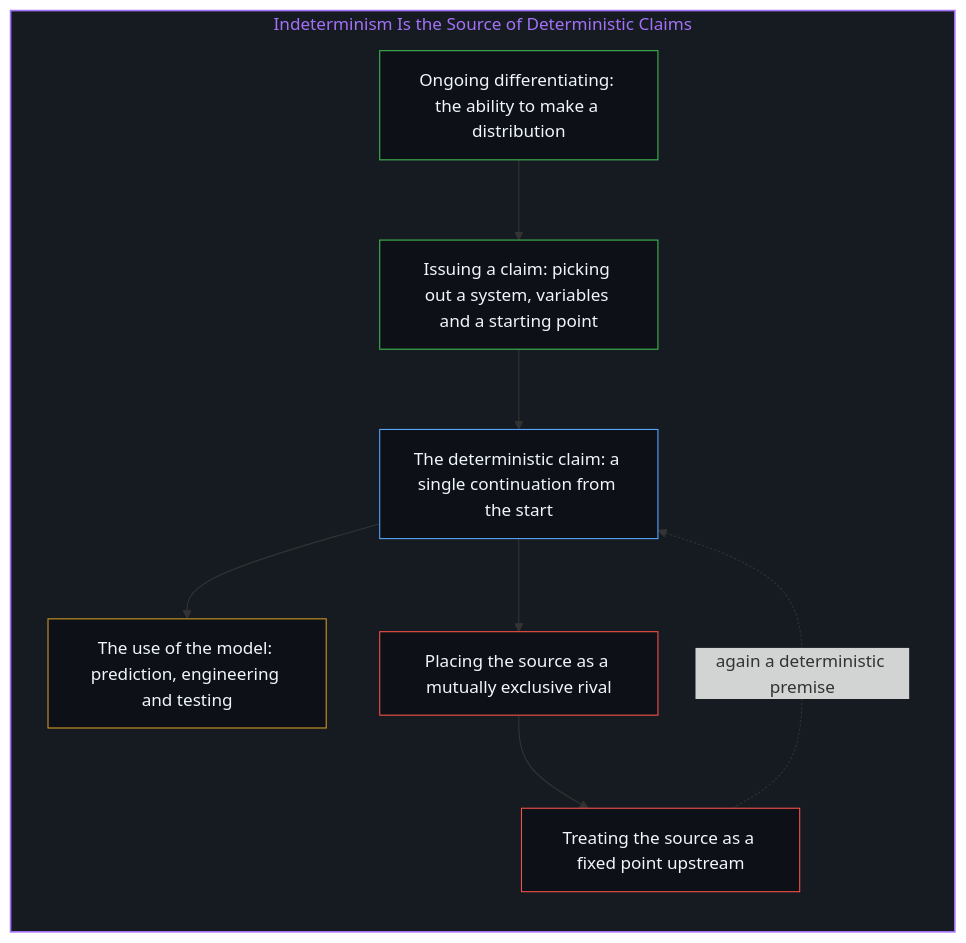
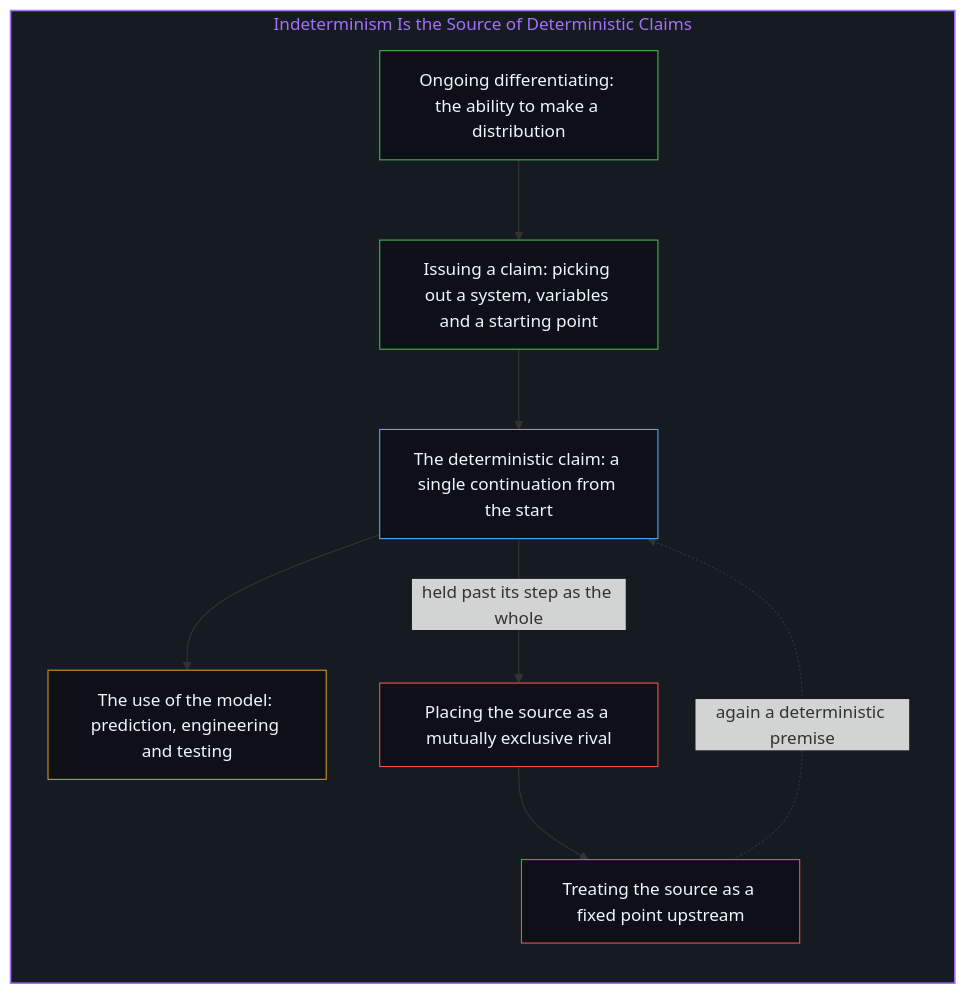
One commit to powerpig99/not-a-toe changed the eighth of 10 diagrams in content/posts/the-open-question-is-determinisms-demand.md. Above: the diagram before and after it, drawn with Mermaid. The commit also changed other lines of this file and 18 other files, not shown here.

````diff
--- a/content/posts/the-open-question-is-determinisms-demand.md
+++ b/content/posts/the-open-question-is-determinisms-demand.md
@@ -234,26 +227,25 @@
 ```mermaid
 flowchart TD
     subgraph S_Source_EN["Indeterminism Is the Source of Deterministic Claims"]
         direction TB
         DiffE["Ongoing differentiating: the ability to make a distribution"]
         IssueE["Issuing a claim: picking out a system, variables and a starting point"]
         DetE["The deterministic claim: a single continuation from the start"]
         ToolE["The use of the model: prediction, engineering and testing"]
         RivalE["Placing the source as a mutually exclusive rival"]
         FixedE["Treating the source as a fixed point upstream"]
         DiffE --> IssueE
         IssueE --> DetE
         DetE --> ToolE
-        DetE --> RivalE
+        DetE -->|"held past its step as the whole"| RivalE
         RivalE --> FixedE
         FixedE -.->|"again a deterministic premise"| DetE
     end
-
     style S_Source_EN fill:#161b22,stroke:#a371f7,stroke-width:1.5px,color:#a371f7
     style DiffE fill:#0d1117,stroke:#3fb950,stroke-width:1px,color:#f0f6fc
     style IssueE fill:#0d1117,stroke:#3fb950,stroke-width:1px,color:#f0f6fc
     style DetE fill:#0d1117,stroke:#58a6ff,stroke-width:1px,color:#f0f6fc
     style ToolE fill:#0d1117,stroke:#d29922,stroke-width:1px,color:#f0f6fc
     style RivalE fill:#0d1117,stroke:#f85149,stroke-width:1px,color:#f0f6fc
     style FixedE fill:#0d1117,stroke:#f85149,stroke-width:1px,color:#f0f6fc
 ```
````
